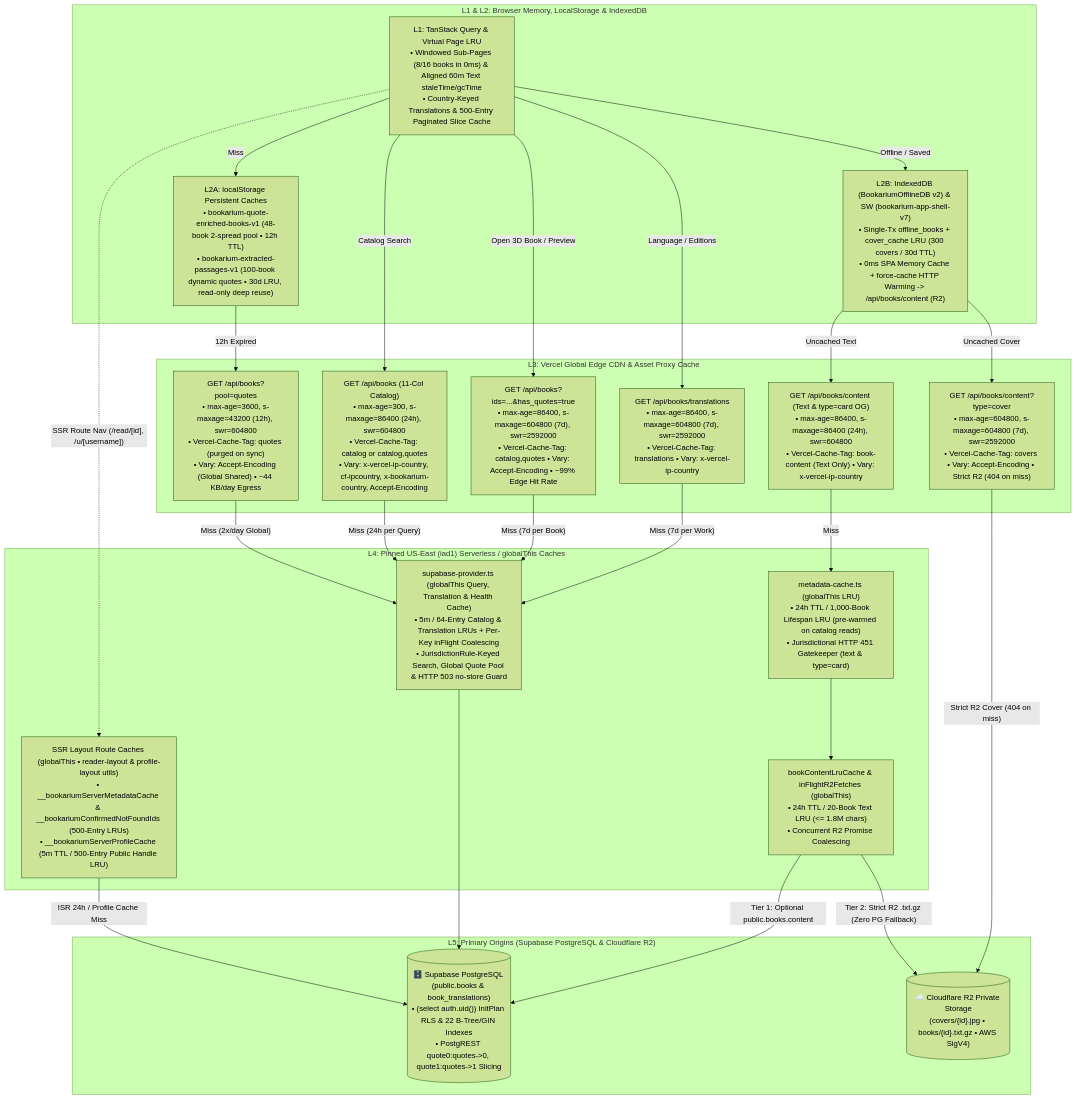
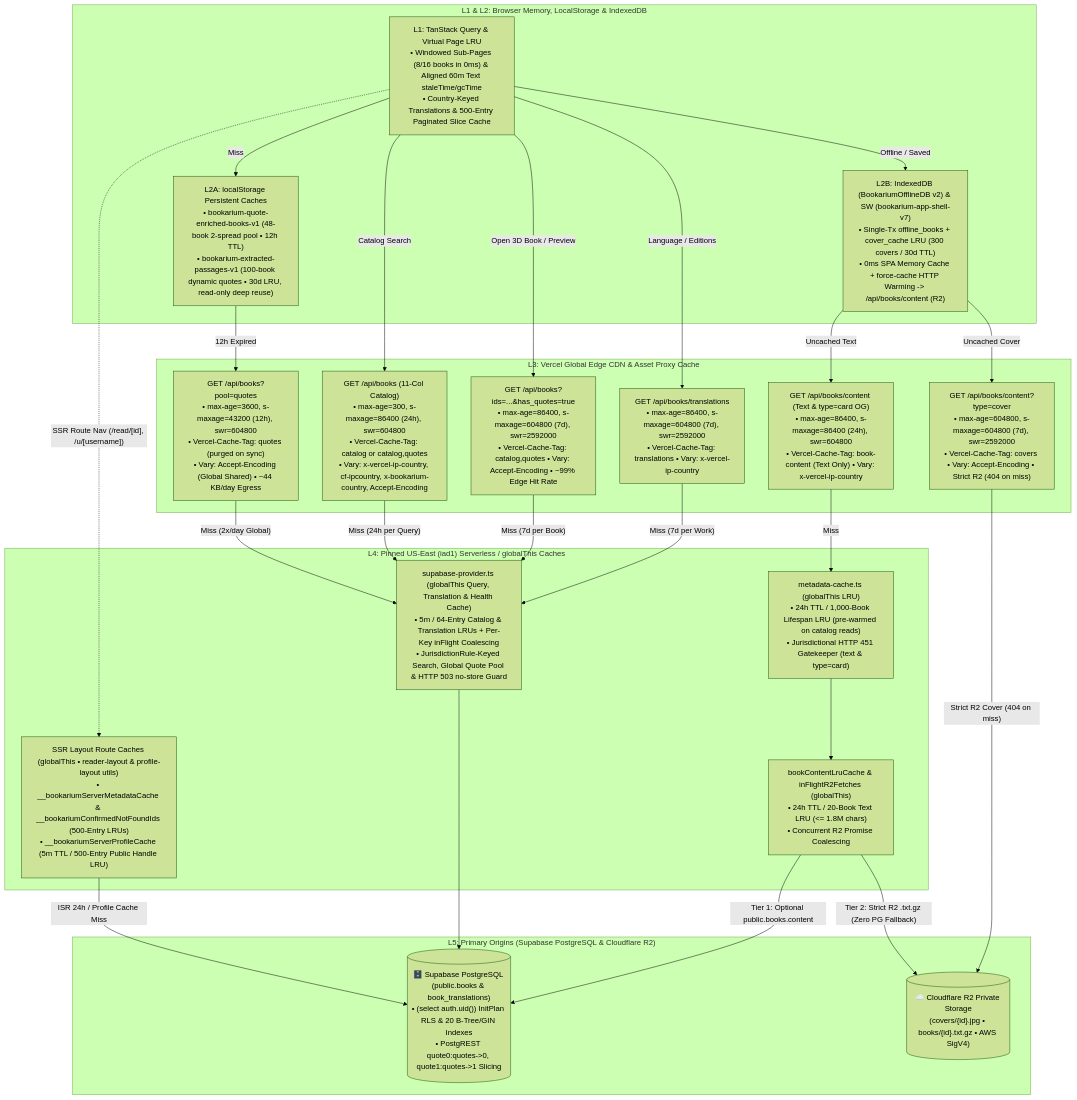
One commit to calin-m/Bookarium changed the fourth of 4 diagrams in docs/architecture/integrations-failure-and-ops.md. Above: the diagram before and after it, drawn with Mermaid (forest theme). The commit also changed other lines of this file and 30 other files, not shown here.

````diff
--- a/docs/architecture/integrations-failure-and-ops.md
+++ b/docs/architecture/integrations-failure-and-ops.md
@@ -210,50 +210,50 @@
 ```mermaid
 flowchart TD
     subgraph L1_L2_Client ["L1 & L2: Browser Memory, LocalStorage & IndexedDB"]
         L1Query["L1: TanStack Query & Virtual Page LRU\n• Windowed Sub-Pages (8/16 books in 0ms) & Aligned 60m Text staleTime/gcTime\n• Country-Keyed Translations & 500-Entry Paginated Slice Cache"]
         L2Local["L2A: localStorage Persistent Caches\n• bookarium-quote-enriched-books-v1 (48-book 2-spread pool • 12h TTL)\n• bookarium-extracted-passages-v1 (100-book dynamic quotes • 30d LRU, read-only deep reuse)"]
         L2IDB["L2B: IndexedDB (BookariumOfflineDB v2) & SW (bookarium-app-shell-v7)\n• Single-Tx offline_books + cover_cache LRU (300 covers / 30d TTL)\n• 0ms SPA Memory Cache + force-cache HTTP Warming -> /api/books/content (R2)"]
     end
 
     subgraph L3_VercelEdge ["L3: Vercel Global Edge CDN & Asset Proxy Cache"]
         EdgeQuotePool["GET /api/books?pool=quotes\n• max-age=3600, s-maxage=43200 (12h), swr=604800\n• Vercel-Cache-Tag: quotes (purged on sync)\n• Vary: Accept-Encoding (Global Shared) • ~44 KB/day Egress"]
         EdgeCatalog["GET /api/books (11-Col Catalog)\n• max-age=300, s-maxage=86400 (24h), swr=604800\n• Vercel-Cache-Tag: catalog or catalog,quotes\n• Vary: x-vercel-ip-country, cf-ipcountry, x-bookarium-country, Accept-Encoding"]
         EdgeDeepQuotes["GET /api/books?ids=...&has_quotes=true\n• max-age=86400, s-maxage=604800 (7d), swr=2592000\n• Vercel-Cache-Tag: catalog,quotes • Vary: Accept-Encoding • ~99% Edge Hit Rate"]
         EdgeTranslations["GET /api/books/translations\n• max-age=86400, s-maxage=604800 (7d), swr=2592000\n• Vercel-Cache-Tag: translations • Vary: x-vercel-ip-country"]
         EdgeTextCard["GET /api/books/content (Text & type=card OG)\n• max-age=86400, s-maxage=86400 (24h), swr=604800\n• Vercel-Cache-Tag: book-content (Text Only) • Vary: x-vercel-ip-country"]
         EdgeCoverProxy["GET /api/books/content?type=cover\n• max-age=604800, s-maxage=604800 (7d), swr=2592000\n• Vercel-Cache-Tag: covers • Vary: Accept-Encoding • Strict R2 (404 on miss)"]
     end
 
     subgraph L4_Serverless ["L4: Pinned US-East (iad1) Serverless / globalThis Caches"]
         MetaLRU["metadata-cache.ts (globalThis LRU)\n• 24h TTL / 1,000-Book Lifespan LRU (pre-warmed on catalog reads)\n• Jurisdictional HTTP 451 Gatekeeper (text & type=card)"]
         TextLRU["bookContentLruCache & inFlightR2Fetches (globalThis)\n• 24h TTL / 20-Book Text LRU (<= 1.8M chars)\n• Concurrent R2 Promise Coalescing"]
         HealthCache["supabase-provider.ts (globalThis Query, Translation & Health Cache)\n• 5m / 64-Entry Catalog & Translation LRUs + Per-Key inFlight Coalescing\n• JurisdictionRule-Keyed Search, Global Quote Pool & HTTP 503 no-store Guard"]
         SsrRouteCaches["SSR Layout Route Caches (globalThis • reader-layout & profile-layout utils)\n• __bookariumServerMetadataCache & __bookariumConfirmedNotFoundIds (500-Entry LRUs)\n• __bookariumServerProfileCache (5m TTL / 500-Entry Public Handle LRU)"]
     end
 
     subgraph L5_Origins ["L5: Primary Origins (Supabase PostgreSQL & Cloudflare R2)"]
-        SupaOrigin[("🗄️ Supabase PostgreSQL (public.books & book_translations)\n• (select auth.uid()) InitPlan RLS & 22 B-Tree/GIN Indexes\n• PostgREST quote0:quotes->0, quote1:quotes->1 Slicing")]
+        SupaOrigin[("🗄️ Supabase PostgreSQL (public.books & book_translations)\n• (select auth.uid()) InitPlan RLS & 20 B-Tree/GIN Indexes\n• PostgREST quote0:quotes->0, quote1:quotes->1 Slicing")]
         R2Origin[("☁️ Cloudflare R2 Private Storage\n(covers/{id}.jpg • books/{id}.txt.gz • AWS SigV4)")]
     end
 
     L1Query -->|"Miss"| L2Local
     L1Query -->|"Offline / Saved"| L2IDB
     L2Local -->|"12h Expired"| EdgeQuotePool
     L1Query -->|"Catalog Search"| EdgeCatalog
     L1Query -->|"Open 3D Book / Preview"| EdgeDeepQuotes
     L1Query -->|"Language / Editions"| EdgeTranslations
     L1Query -.->|"SSR Route Nav (/read/[id], /u/[username])"| SsrRouteCaches
     SsrRouteCaches -->|"ISR 24h / Profile Cache Miss"| SupaOrigin
     L2IDB -->|"Uncached Text"| EdgeTextCard
     L2IDB -->|"Uncached Cover"| EdgeCoverProxy
     EdgeQuotePool -->|"Miss (2x/day Global)"| HealthCache
     EdgeCatalog -->|"Miss (24h per Query)"| HealthCache
     EdgeDeepQuotes -->|"Miss (7d per Book)"| HealthCache
     EdgeTranslations -->|"Miss (7d per Work)"| HealthCache
     HealthCache --> SupaOrigin
     EdgeTextCard -->|"Miss"| MetaLRU
     MetaLRU --> TextLRU
     TextLRU -->|"Tier 1: Optional public.books.content"| SupaOrigin
     TextLRU -->|"Tier 2: Strict R2 .txt.gz (Zero PG Fallback)"| R2Origin
     EdgeCoverProxy -->|"Strict R2 Cover (404 on miss)"| R2Origin
 ```
````
